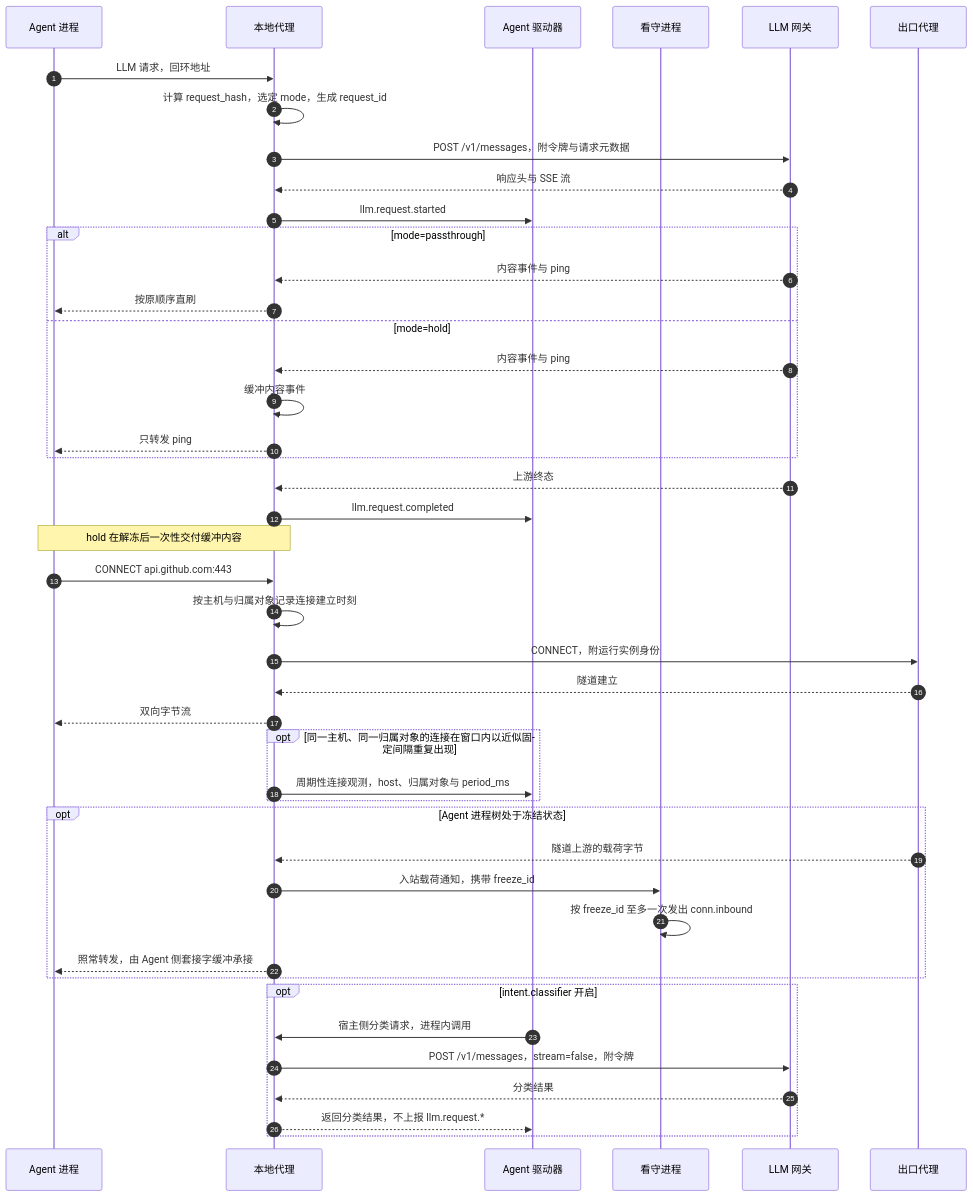
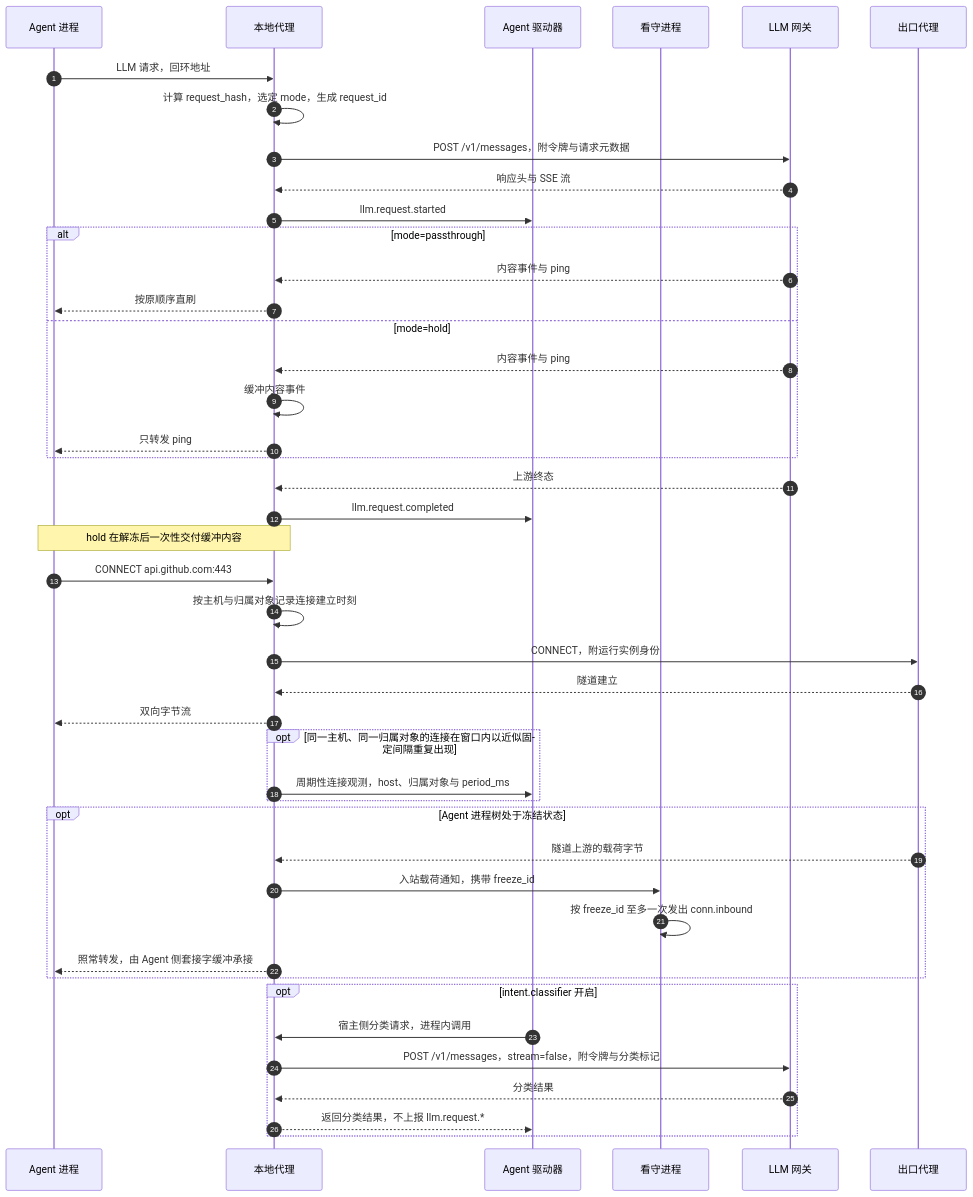
One commit to wangzw/castworks changed the second of 2 diagrams in docs/design/modules/warden/design-warden-llmproxy.md. Above: the diagram before and after it, drawn with Mermaid. The commit also changed other lines of this file and 13 other files, not shown here.

````diff
--- a/docs/design/modules/warden/design-warden-llmproxy.md
+++ b/docs/design/modules/warden/design-warden-llmproxy.md
@@ -172,46 +172,46 @@
 ```mermaid
 sequenceDiagram
     autonumber
     participant A as Agent 进程
     participant P as 本地代理
     participant D as Agent 驱动器
     participant W as 看守进程
     participant G as LLM 网关
     participant E as 出口代理
     A->>P: LLM 请求，回环地址
     P->>P: 计算 request_hash，选定 mode，生成 request_id
     P->>G: POST /v1/messages，附令牌与请求元数据
     G-->>P: 响应头与 SSE 流
     P->>D: llm.request.started
     alt mode=passthrough
         G-->>P: 内容事件与 ping
         P-->>A: 按原顺序直刷
     else mode=hold
         G-->>P: 内容事件与 ping
         P->>P: 缓冲内容事件
         P-->>A: 只转发 ping
     end
     G-->>P: 上游终态
     P->>D: llm.request.completed
     Note over P,A: hold 在解冻后一次性交付缓冲内容
     A->>P: CONNECT api.github.com:443
     P->>P: 按主机与归属对象记录连接建立时刻
     P->>E: CONNECT，附运行实例身份
     E-->>P: 隧道建立
     P-->>A: 双向字节流
     opt 同一主机、同一归属对象的连接在窗口内以近似固定间隔重复出现
         P->>D: 周期性连接观测，host、归属对象与 period_ms
     end
     opt Agent 进程树处于冻结状态
         E-->>P: 隧道上游的载荷字节
         P->>W: 入站载荷通知，携带 freeze_id
         W->>W: 按 freeze_id 至多一次发出 conn.inbound
         P-->>A: 照常转发，由 Agent 侧套接字缓冲承接
     end
     opt intent.classifier 开启
         D->>P: 宿主侧分类请求，进程内调用
-        P->>G: POST /v1/messages，stream=false，附令牌
+        P->>G: POST /v1/messages，stream=false，附令牌与分类标记
         G-->>P: 分类结果
         P-->>D: 返回分类结果，不上报 llm.request.*
     end
 ```
````
